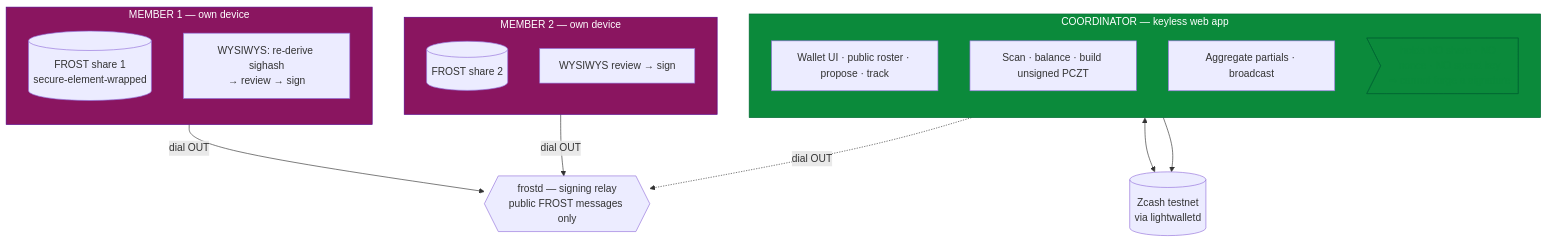
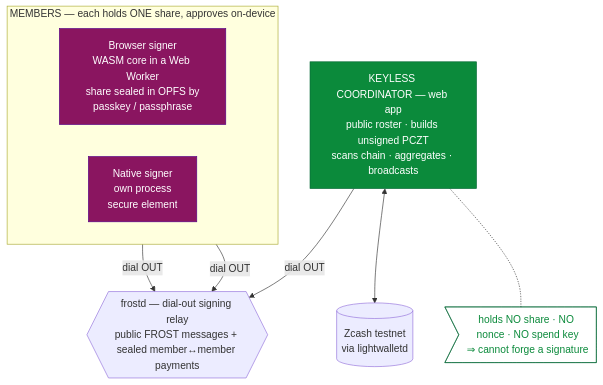
Before and after one commit to amiabix/loki: the diagram in README.md, drawn with Mermaid. The commit also changed other lines of this file, not shown here.

Commit message:
docs: rework README around the in-browser signer; unified architecture + diagram

````diff
--- a/README.md
+++ b/README.md
@@ -16,38 +43,27 @@
 ```mermaid
 flowchart TB
-  subgraph COORD["COORDINATOR — keyless web app"]
-    direction TB
-    UI["Wallet UI · public roster · propose · track"]
-    BUILD["Scan · balance · build unsigned PCZT"]
-    AGG["Aggregate partials · broadcast"]
-    NOKEY>"holds NO share · NO nonce · NO spend key<br/>⇒ cannot forge a signature"]
+  subgraph SIGNERS["MEMBERS — each holds ONE share, approves on-device"]
+    direction LR
+    B["Browser signer<br/>WASM core in a Web Worker<br/>share sealed in OPFS by<br/>passkey / passphrase"]
+    N["Native signer<br/>own process<br/>secure element"]
   end
 
-  FROSTD{{"frostd — signing relay<br/>public FROST messages only"}}
+  COORD["KEYLESS COORDINATOR — web app<br/>public roster · builds unsigned PCZT<br/>scans chain · aggregates · broadcasts"]
+  NOKEY>"holds NO share · NO nonce · NO spend key<br/>⇒ cannot forge a signature"]
 
-  subgraph M1["MEMBER 1 — own device"]
-    direction TB
-    SH1[("FROST share 1<br/>secure-element-wrapped")]
-    W1["WYSIWYS: re-derive sighash<br/>→ review → sign"]
-  end
-  subgraph M2["MEMBER 2 — own device"]
-    direction TB
-    SH2[("FROST share 2")]
-    W2["WYSIWYS review → sign"]
-  end
-
+  FROSTD{{"frostd — dial-out signing relay<br/>public FROST messages + sealed member↔member payments"}}
   CHAIN[("Zcash testnet<br/>via lightwalletd")]
 
-  COORD    -. "dial OUT" .-> FROSTD
-  M1 -- "dial OUT" --> FROSTD
-  M2 -- "dial OUT" --> FROSTD
-  BUILD <--> CHAIN
-  AGG --> CHAIN
+  B      -- "dial OUT" --> FROSTD
+  N      -- "dial OUT" --> FROSTD
+  COORD  -- "dial OUT" --> FROSTD
+  COORD  <--> CHAIN
+  COORD -.- NOKEY
 
   classDef keyless fill:#0b8a3b,stroke:#063,color:#fff;
-  classDef secret fill:#8a1560,stroke:#508,color:#fff;
-  classDef note fill:none,stroke:#063,color:#0b8a3b;
+  classDef secret  fill:#8a1560,stroke:#508,color:#fff;
+  classDef note    fill:none,stroke:#063,color:#0b8a3b;
   class COORD keyless
-  class M1,M2 secret
+  class B,N secret
   class NOKEY note
 ```
````
